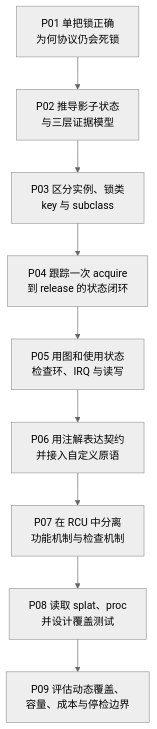
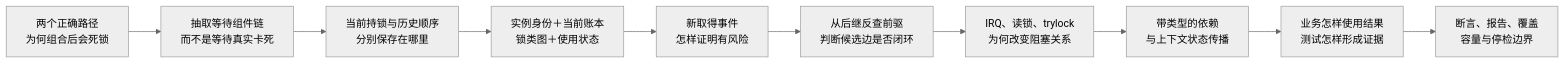
The diagram in knowledge/linux/synchronization/lockdep/大纲.md (FormingSystem/linux_note), drawn with Mermaid (neutral theme) before and after one commit. The commit also changed other lines of this file and 21 other files, not shown here.

````diff
--- a/knowledge/linux/synchronization/lockdep/大纲.md
+++ b/knowledge/linux/synchronization/lockdep/大纲.md
@@ -40,11 +58,12 @@
 ```mermaid
-flowchart TD
-    P1["P01 单把锁正确<br/>为何协议仍会死锁"] --> P2["P02 推导影子状态<br/>与三层证据模型"]
-    P2 --> P3["P03 区分实例、锁类<br/>key 与 subclass"]
-    P3 --> P4["P04 跟踪一次 acquire<br/>到 release 的状态闭环"]
-    P4 --> P5["P05 用图和使用状态<br/>检查环、IRQ 与读写"]
-    P5 --> P6["P06 用注解表达契约<br/>并接入自定义原语"]
-    P6 --> P7["P07 在 RCU 中分离<br/>功能机制与检查机制"]
-    P7 --> P8["P08 读取 splat、proc<br/>并设计覆盖测试"]
-    P8 --> P9["P09 评估动态覆盖、<br/>容量、成本与停检边界"]
+flowchart LR
+    Q1["两个正确路径<br/>为何组合后会死锁"] --> M1["抽取等待组件链<br/>而不是等待真实卡死"]
+    M1 --> Q2["当前持锁与历史顺序<br/>分别保存在哪里"]
+    Q2 --> M2["实例身份＋当前账本<br/>锁类图＋使用状态"]
+    M2 --> Q3["新取得事件<br/>怎样证明有风险"]
+    Q3 --> M3["从后继反查前驱<br/>判断候选边是否闭环"]
+    M3 --> Q4["IRQ、读锁、trylock<br/>为何改变阻塞关系"]
+    Q4 --> M4["带类型的依赖<br/>与上下文状态传播"]
+    M4 --> Q5["业务怎样使用结果<br/>测试怎样形成证据"]
+    Q5 --> M5["断言、报告、覆盖<br/>容量与停检边界"]
 ```
````
